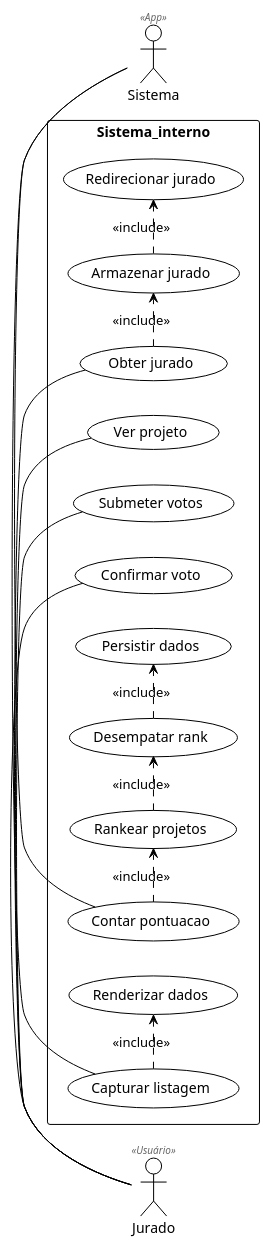
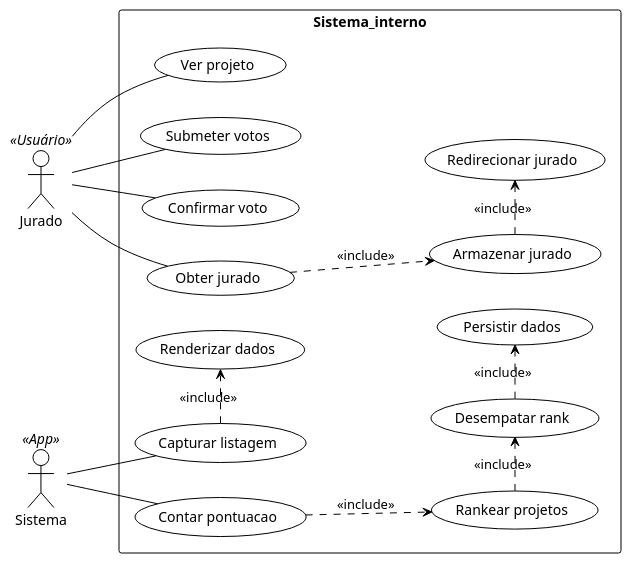
The diagram in project/Casos de uso.plantuml (sistemainternosmecict/svmp), drawn with PlantUML before and after one commit. The commit also changed 1 other file, not shown here.

Commit message:
docs(projeto): Diagrama de classes e ajuste no de casos de uso..

```diff
--- a/project/Casos de uso.plantuml
+++ b/project/Casos de uso.plantuml
@@ -1,39 +1,39 @@
 @startuml Diagrama1
+!theme plain
 
-!theme mono
 left to right direction
 
 actor "Jurado" as jurado <<Usuário>>
 actor "Sistema" as sys <<App>>
 
 rectangle Sistema_interno {
   usecase "Obter jurado" as UC1
   usecase "Armazenar jurado" as UC2
   usecase "Redirecionar jurado" as UC3
   usecase "Ver projeto" as UC4
   usecase "Submeter votos" as UC5
   usecase "Confirmar voto" as UC6
   usecase "Contar pontuacao" as UC7
   usecase "Rankear projetos" as UC8
   usecase "Desempatar rank" as UC9
   usecase "Persistir dados" as UC10
   usecase "Capturar listagem" as UC11
   usecase "Renderizar dados" as UC12
 }
-jurado - UC1
-UC1 .> UC2 : <<include>>
+jurado -- UC1
+UC1 ..> UC2 : <<include>>
 UC2 .> UC3 : <<include>>
 
 jurado - UC4
 jurado - UC5
 jurado - UC6
 
-sys - UC7
-UC7 .> UC8 : <<include>>
+sys -- UC7
+UC7 ..> UC8 : <<include>>
 UC8 .> UC9 : <<include>>
 UC9 .> UC10 : <<include>>
 
-sys - UC11
+sys -- UC11
 UC11 .> UC12 : <<include>>
 
 @enduml
```
